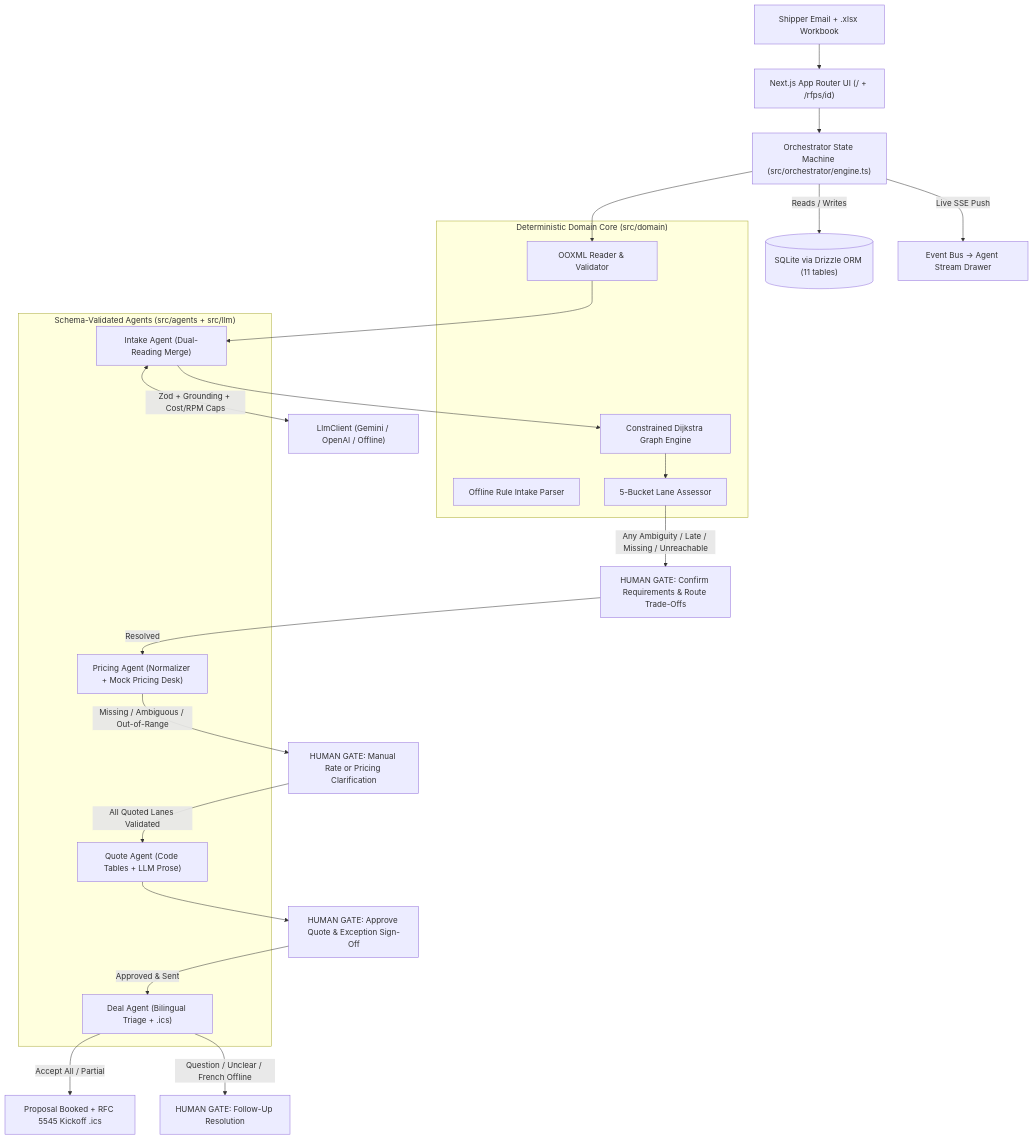
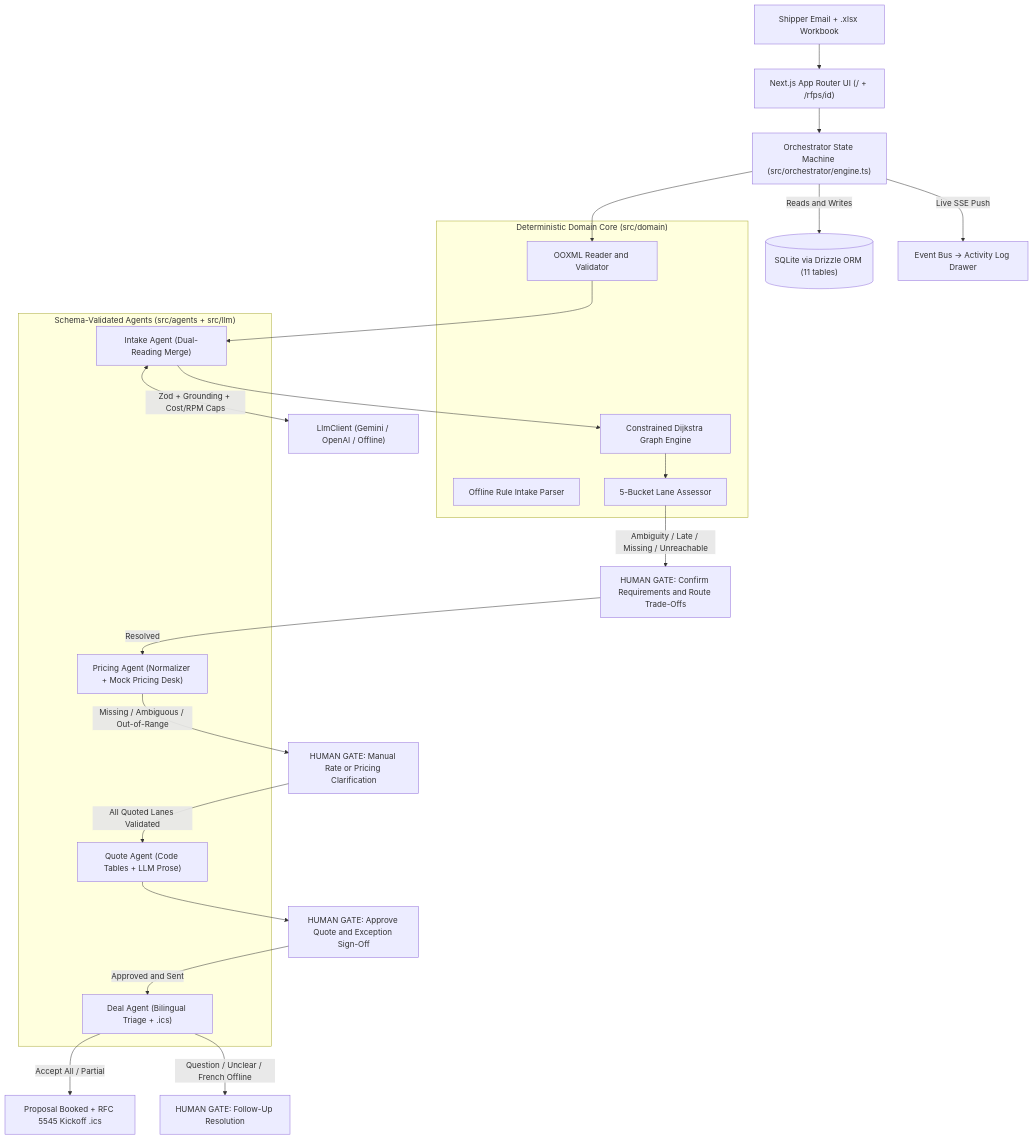
The diagram in README.md (Otm02/air-freight-rfp-agent), drawn with Mermaid before and after one commit. The commit also changed other lines of this file and 3 other files, not shown here.

````diff
--- a/README.md
+++ b/README.md
@@ -66,35 +66,35 @@
 ```mermaid
 flowchart TD
     Shipper["Shipper Email + .xlsx Workbook"] --> Inbox["Next.js App Router UI (/ + /rfps/id)"]
     Inbox --> Orch["Orchestrator State Machine (src/orchestrator/engine.ts)"]
 
     subgraph Core["Deterministic Domain Core (src/domain)"]
-        Loader["OOXML Reader & Validator"]
+        Loader["OOXML Reader and Validator"]
         RuleParser["Offline Rule Intake Parser"]
         Router["Constrained Dijkstra Graph Engine"]
         Assess["5-Bucket Lane Assessor"]
     end
 
     subgraph Agents["Schema-Validated Agents (src/agents + src/llm)"]
         Intake["Intake Agent (Dual-Reading Merge)"]
         PricingA["Pricing Agent (Normalizer + Mock Pricing Desk)"]
         QuoteA["Quote Agent (Code Tables + LLM Prose)"]
         DealA["Deal Agent (Bilingual Triage + .ics)"]
     end
 
     Orch --> Loader --> Intake
     Intake <-->|"Zod + Grounding + Cost/RPM Caps"| LlmLayer["LlmClient (Gemini / OpenAI / Offline)"]
     Intake --> Router --> Assess
 
-    Assess -->|"Any Ambiguity / Late / Missing / Unreachable"| Gate1["HUMAN GATE: Confirm Requirements & Route Trade-Offs"]
+    Assess -->|"Ambiguity / Late / Missing / Unreachable"| Gate1["HUMAN GATE: Confirm Requirements and Route Trade-Offs"]
     Gate1 -->|"Resolved"| PricingA
     PricingA -->|"Missing / Ambiguous / Out-of-Range"| Gate2["HUMAN GATE: Manual Rate or Pricing Clarification"]
     Gate2 -->|"All Quoted Lanes Validated"| QuoteA
-    QuoteA --> Gate3["HUMAN GATE: Approve Quote & Exception Sign-Off"]
-    Gate3 -->|"Approved & Sent"| DealA
+    QuoteA --> Gate3["HUMAN GATE: Approve Quote and Exception Sign-Off"]
+    Gate3 -->|"Approved and Sent"| DealA
     DealA -->|"Accept All / Partial"| Won["Proposal Booked + RFC 5545 Kickoff .ics"]
     DealA -->|"Question / Unclear / French Offline"| Gate4["HUMAN GATE: Follow-Up Resolution"]
 
-    Orch -->|"Reads / Writes"| DB[("SQLite via Drizzle ORM (11 tables)")]
-    Orch -->|"Live SSE Push"| SSE["Event Bus -> Agent Stream Drawer"]
+    Orch -->|"Reads and Writes"| DB[("SQLite via Drizzle ORM (11 tables)")]
+    Orch -->|"Live SSE Push"| SSE["Event Bus -> Activity Log Drawer"]
 ```
````
